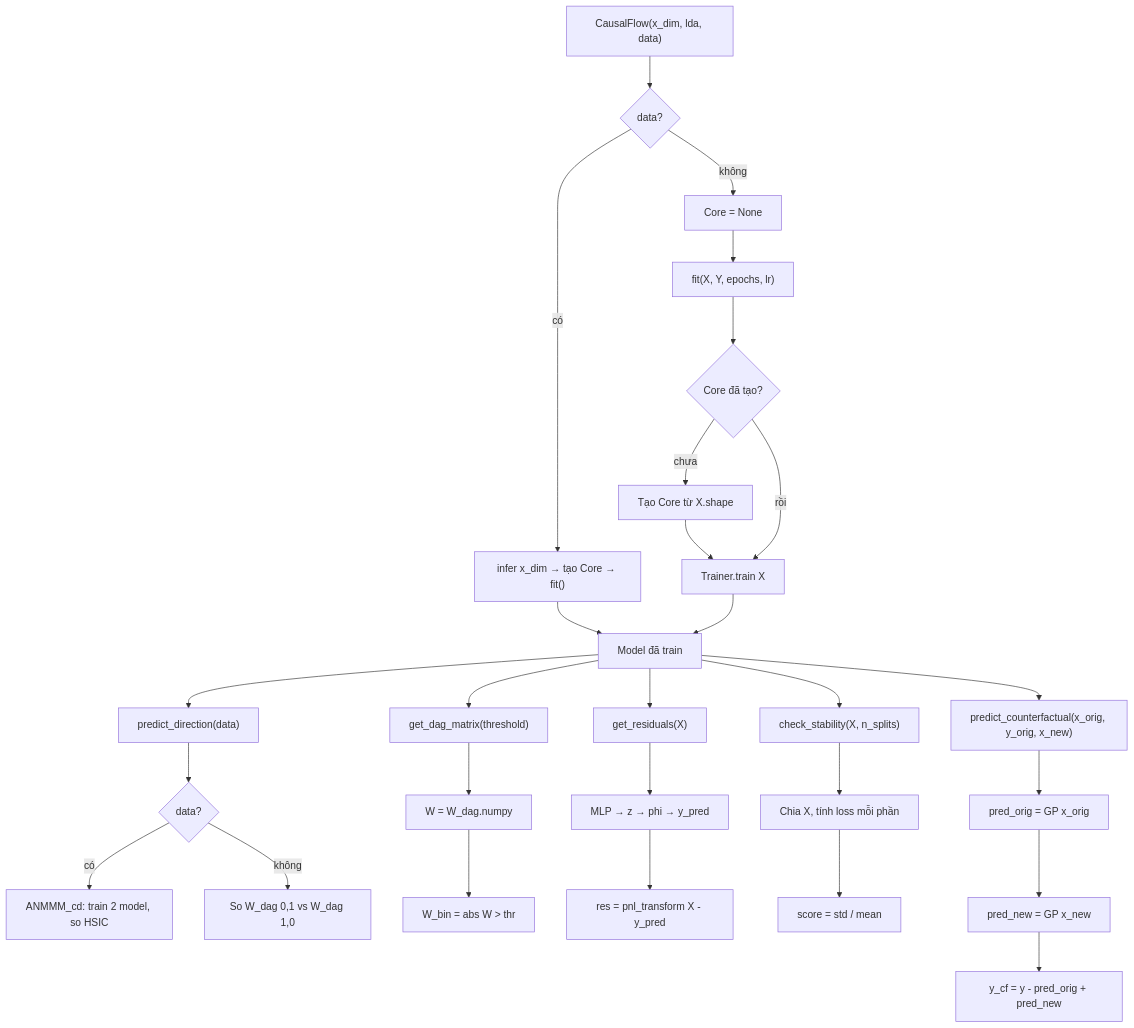
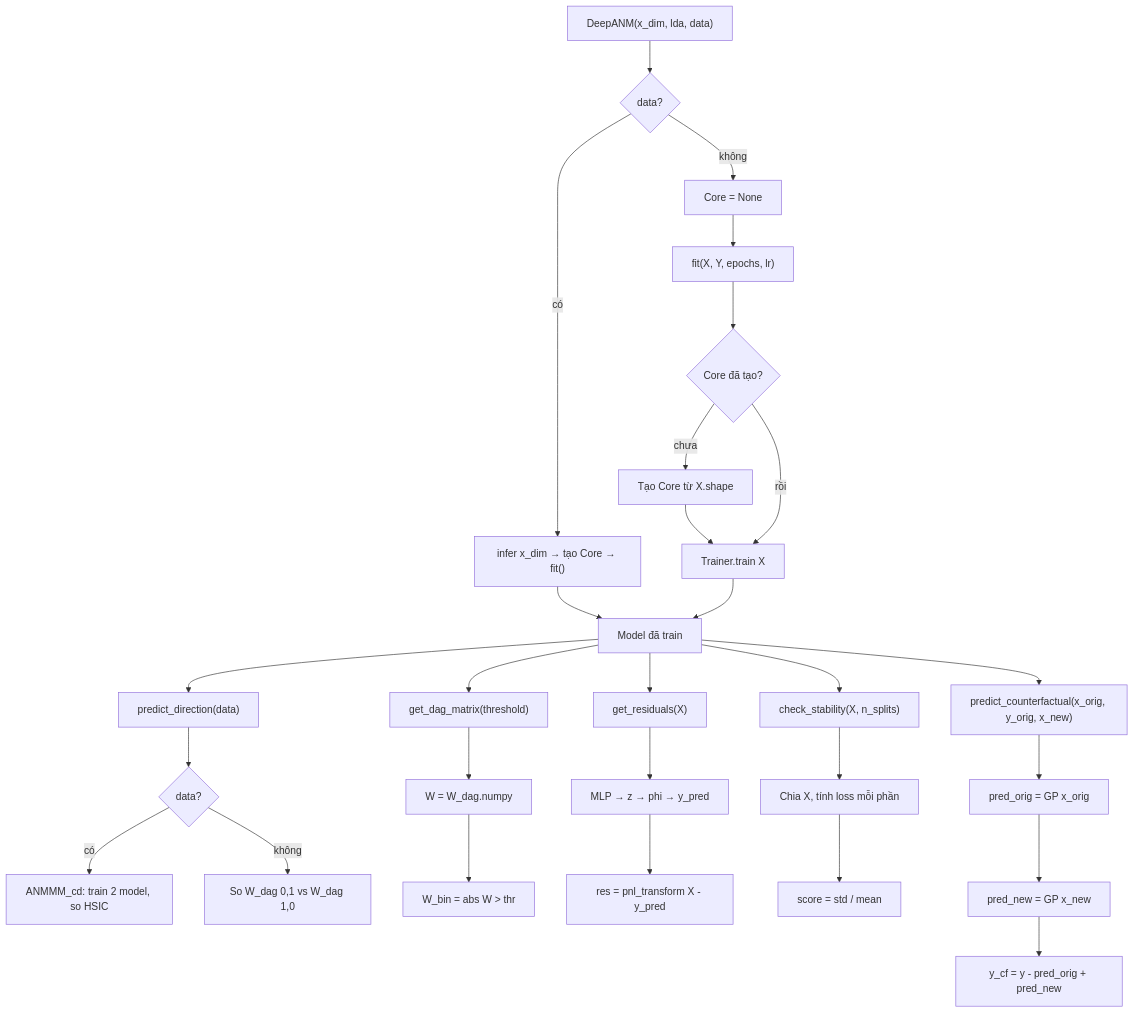
Before and after one commit to manhthai1706/DeepANM: the ninth of 9 diagrams in ARCH.md, drawn with Mermaid. The commit also changed other lines of this file and 18 other files, not shown here.

Commit message:
refactor: rename CausalFlow → DeepANM (package, class, imports, docs)

````diff
--- a/ARCH.md
+++ b/ARCH.md
@@ -248,35 +248,35 @@
 ```mermaid
 graph TD
-    A["CausalFlow(x_dim, lda, data)"] --> B{data?}
+    A["DeepANM(x_dim, lda, data)"] --> B{data?}
     B -- có --> C["infer x_dim → tạo Core → fit()"]
     B -- không --> D["Core = None"]
     C --> E["Model đã train"]
     D --> F["fit(X, Y, epochs, lr)"]
     F --> G{Core đã tạo?}
     G -- chưa --> H["Tạo Core từ X.shape"]
     H --> I["Trainer.train X"]
     G -- rồi --> I
     I --> E
 
     E --> J["predict_direction(data)"]
     J --> K{data?}
     K -- có --> L["ANMMM_cd: train 2 model, so HSIC"]
     K -- không --> M["So W_dag 0,1 vs W_dag 1,0"]
 
     E --> N["get_dag_matrix(threshold)"]
     N --> O["W = W_dag.numpy"]
     O --> P["W_bin = abs W > thr"]
 
     E --> Q["get_residuals(X)"]
     Q --> R["MLP → z → phi → y_pred"]
     R --> S["res = pnl_transform X - y_pred"]
 
     E --> T["check_stability(X, n_splits)"]
     T --> U["Chia X, tính loss mỗi phần"]
     U --> V["score = std / mean"]
 
     E --> W["predict_counterfactual(x_orig, y_orig, x_new)"]
     W --> X["pred_orig = GP x_orig"]
     X --> Y["pred_new = GP x_new"]
     Y --> Z["y_cf = y - pred_orig + pred_new"]
 ```
````
